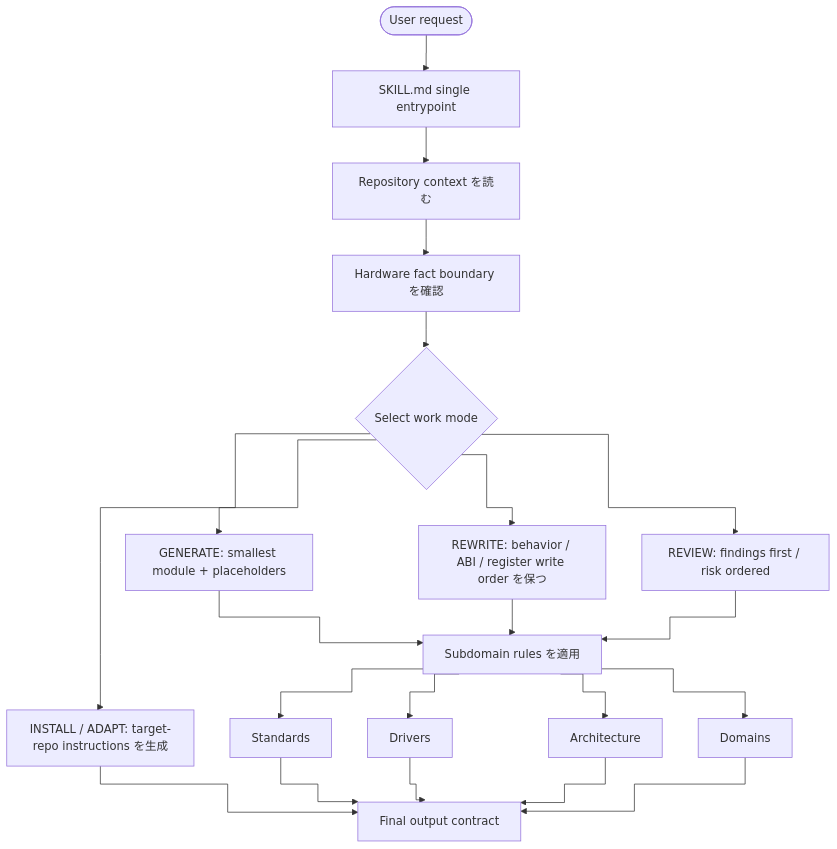
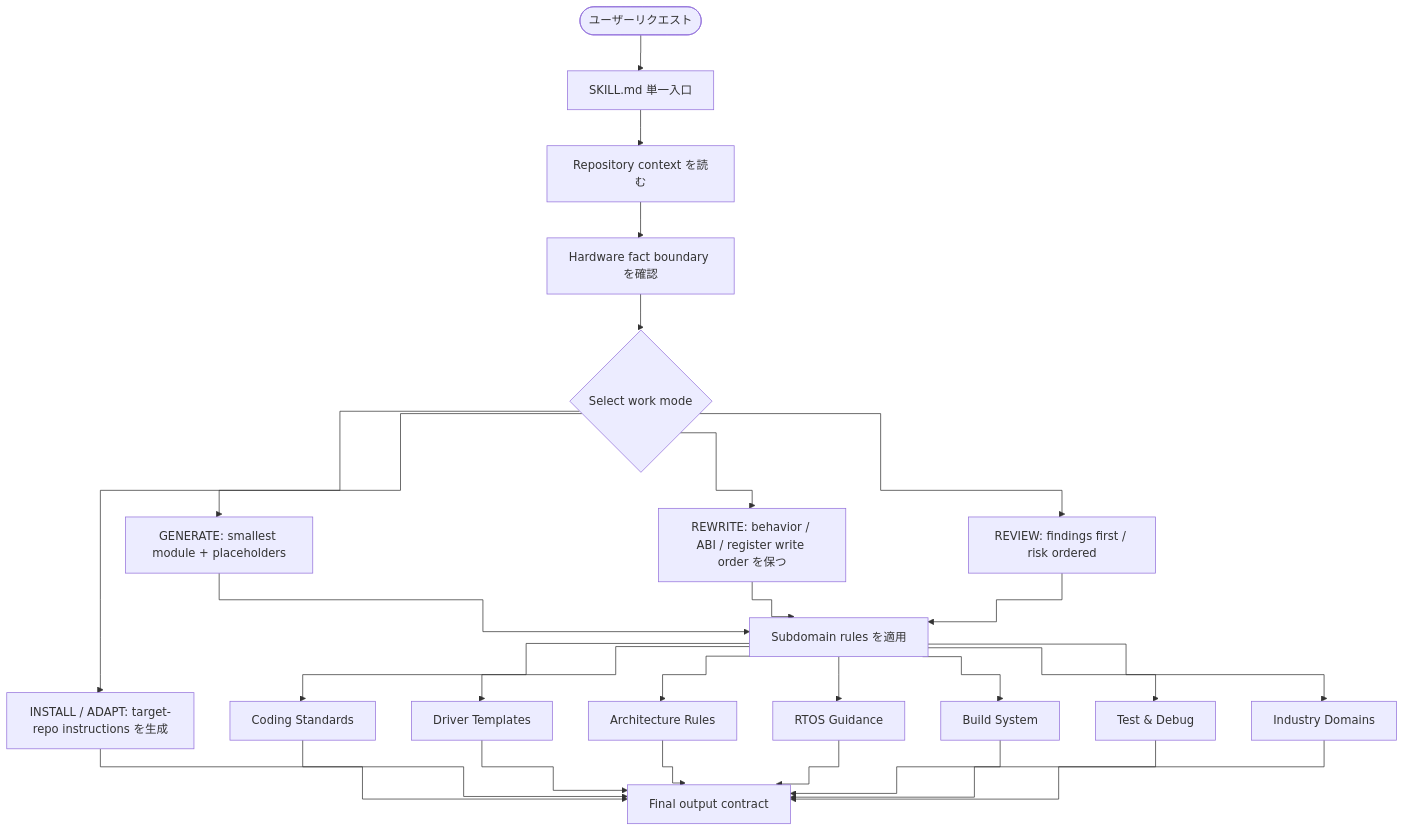
Before and after one commit to leon-2050/embedded-code-optimizer: the diagram in README_JP.md, drawn with Mermaid. The commit also changed other lines of this file and 4 other files, not shown here.

````diff
--- a/README_JP.md
+++ b/README_JP.md
@@ -59,40 +65,49 @@
 ```mermaid
 %%{init: {"flowchart": {"curve": "step"}} }%%
 flowchart TB
-    A([User request])
-    B[SKILL.md single entrypoint]
+    A([ユーザーリクエスト])
+    B[SKILL.md 単一入口]
     C[Repository context を読む]
     D[Hardware fact boundary を確認]
     E{Select work mode}
     F[GENERATE: smallest module + placeholders]
     G[REWRITE: behavior / ABI / register write order を保つ]
     H[REVIEW: findings first / risk ordered]
     I[INSTALL / ADAPT: target-repo instructions を生成]
     J[Subdomain rules を適用]
-    K[Standards]
-    L[Drivers]
-    M[Architecture]
-    N[Domains]
-    O[Final output contract]
+    K[Coding Standards]
+    L[Driver Templates]
+    M[Architecture Rules]
+    N[RTOS Guidance]
+    O[Build System]
+    P[Test & Debug]
+    Q[Industry Domains]
+    R[Final output contract]
 
     A --> B
     B --> C
     C --> D
     D --> E
     E --> F
     E --> G
     E --> H
     E --> I
     F --> J
     G --> J
     H --> J
-    I --> O
+    I --> R
     J --> K
     J --> L
     J --> M
     J --> N
-    K --> O
-    L --> O
-    M --> O
-    N --> O
+    J --> O
+    J --> P
+    J --> Q
+    K --> R
+    L --> R
+    M --> R
+    N --> R
+    O --> R
+    P --> R
+    Q --> R
 ```
````
